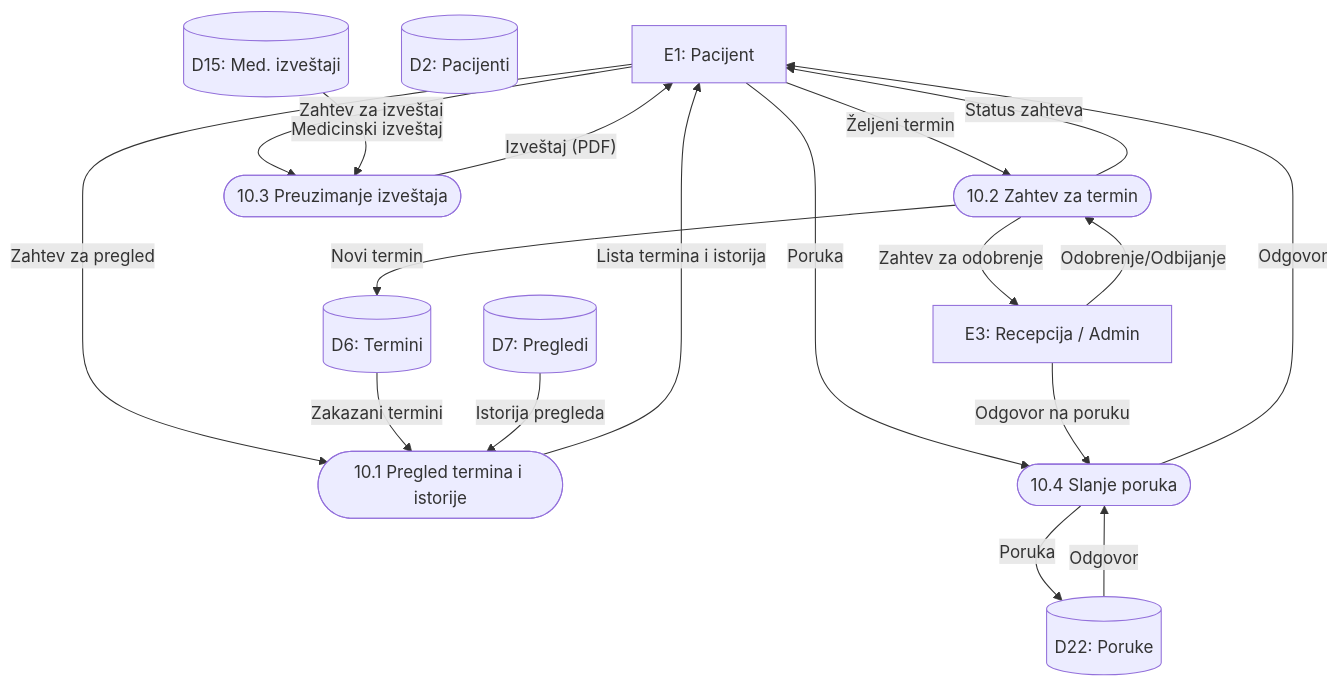
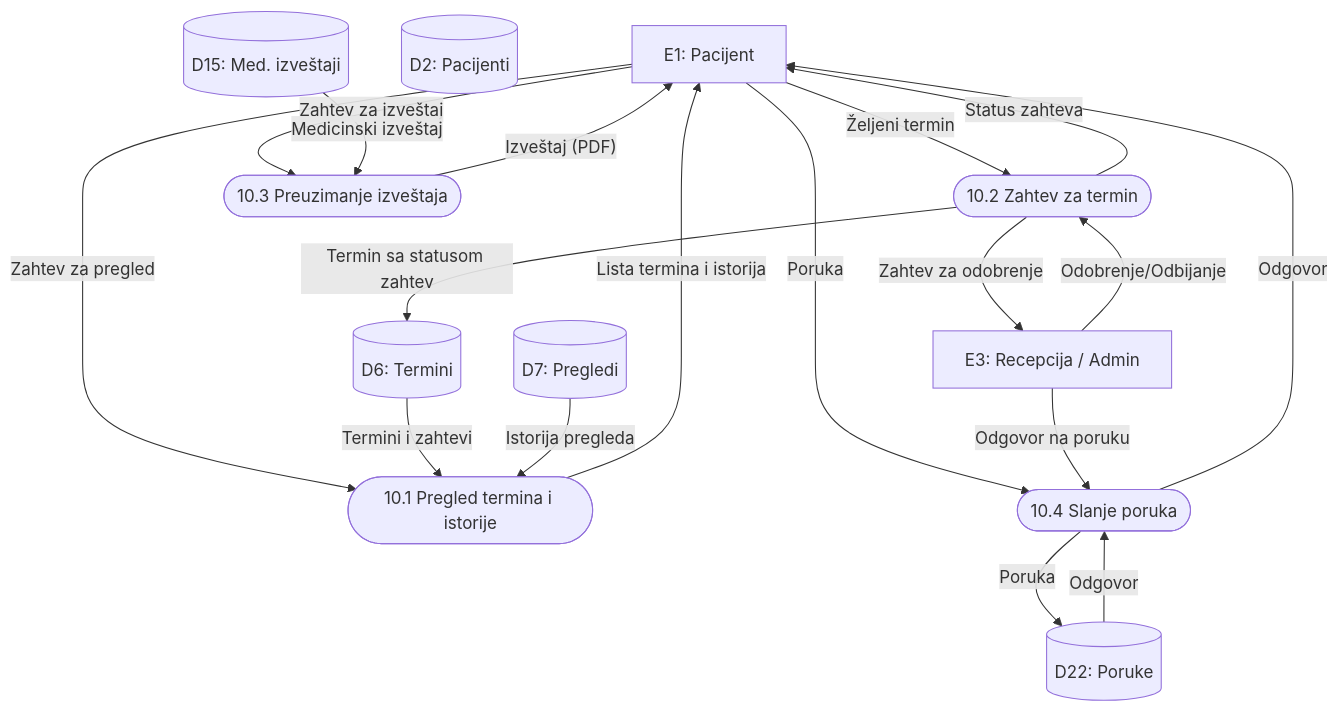
Diagram 14 of 34 in docs/sistem-analiza.md (W1nt3rR/informacioni-sistem-privatne-klinike), drawn with Mermaid before and after one commit. The commit also changed other lines of this file and 25 other files, not shown here.

````diff
--- a/docs/sistem-analiza.md
+++ b/docs/sistem-analiza.md
@@ -740,37 +724,37 @@
 ```mermaid
 graph TD
     E1["E1: Pacijent"]
     E3["E3: Recepcija / Admin"]
 
     P101(["10.1 Pregled termina i istorije"])
     P102(["10.2 Zahtev za termin"])
     P103(["10.3 Preuzimanje izveštaja"])
     P104(["10.4 Slanje poruka"])
 
     D2[("D2: Pacijenti")]
     D6[("D6: Termini")]
     D7[("D7: Pregledi")]
     D15[("D15: Med. izveštaji")]
     D22[("D22: Poruke")]
 
     E1 -->|"Zahtev za pregled"| P101
-    D6 -->|"Zakazani termini"| P101
+    D6 -->|"Termini i zahtevi"| P101
     D7 -->|"Istorija pregleda"| P101
     P101 -->|"Lista termina i istorija"| E1
 
     E1 -->|"Željeni termin"| P102
     P102 -->|"Zahtev za odobrenje"| E3
     E3 -->|"Odobrenje/Odbijanje"| P102
-    P102 -->|"Novi termin"| D6
+    P102 -->|"Termin sa statusom zahtev"| D6
     P102 -->|"Status zahteva"| E1
 
     E1 -->|"Zahtev za izveštaj"| P103
     D15 -->|"Medicinski izveštaj"| P103
     P103 -->|"Izveštaj (PDF)"| E1
 
     E1 -->|"Poruka"| P104
     P104 -->|"Poruka"| D22
     D22 -->|"Odgovor"| P104
     P104 -->|"Odgovor"| E1
     E3 -->|"Odgovor na poruku"| P104
 ```
````
